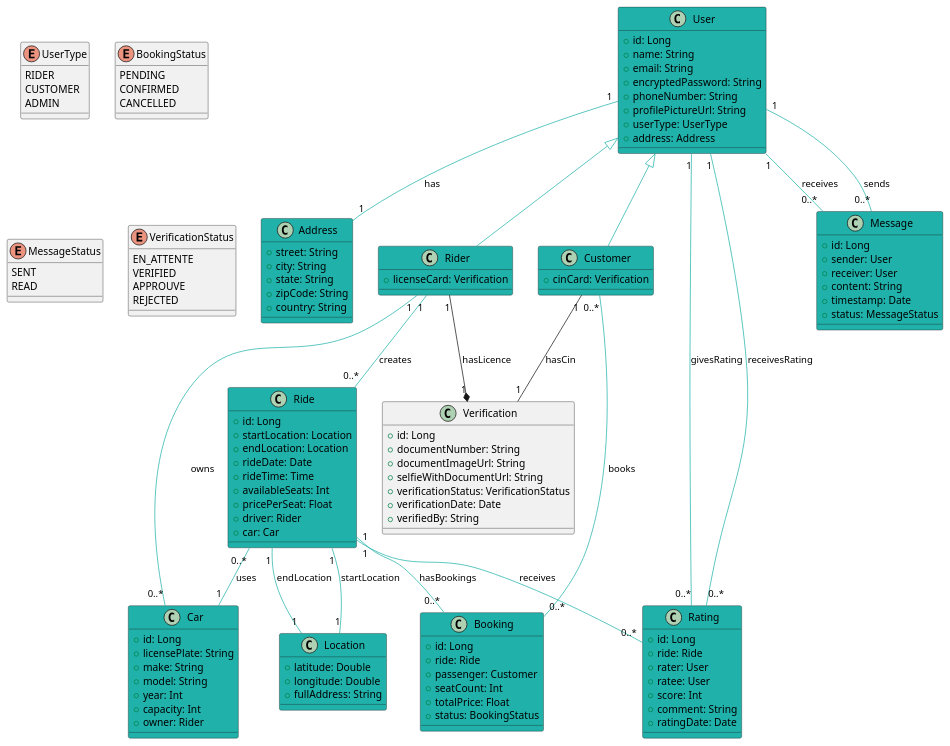
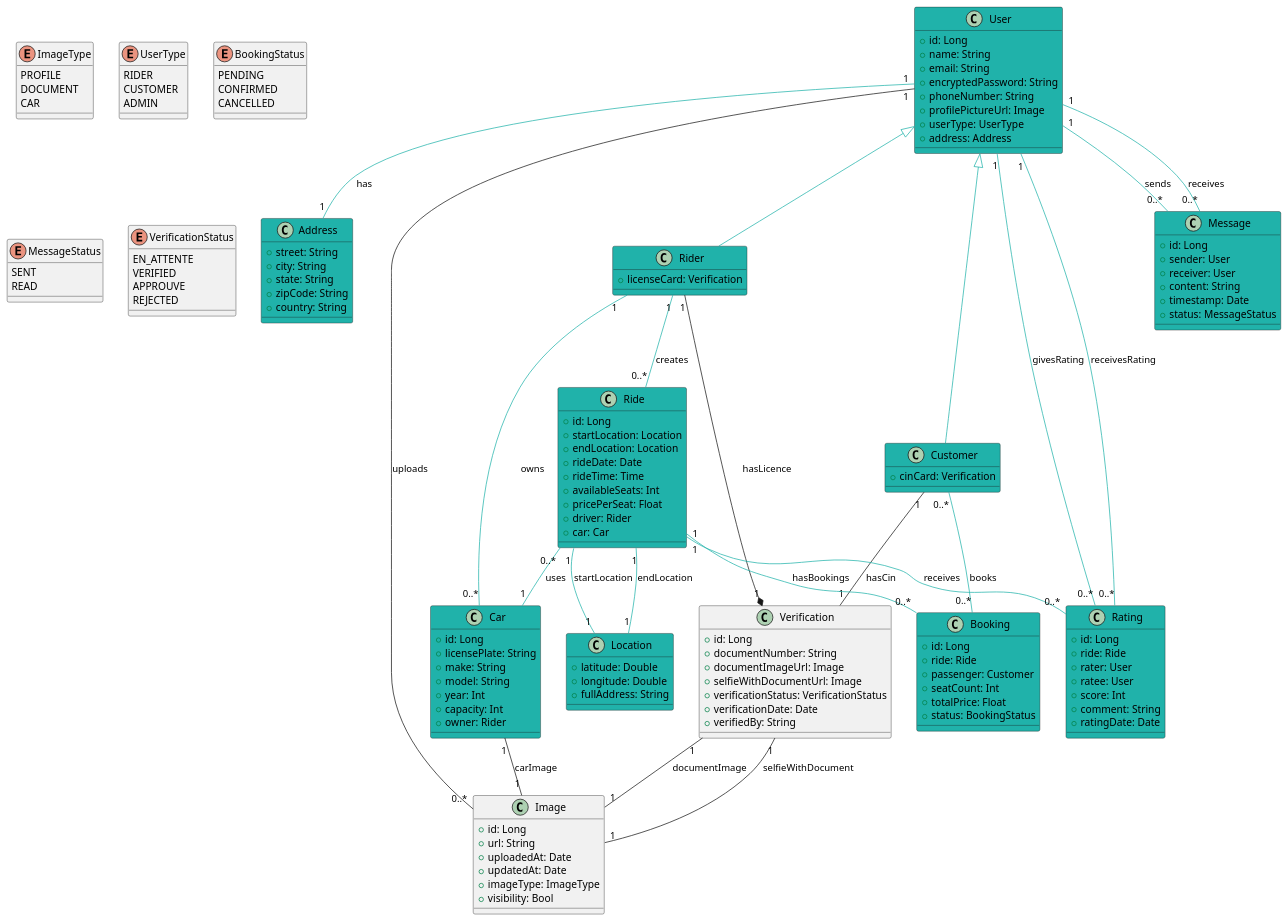
Before and after one commit to Mk-1000/my-ride-api: the diagram in MyRide.plantuml, drawn with PlantUML. The commit also changed 31 other files, not shown here.

```diff
--- a/MyRide.plantuml
+++ b/MyRide.plantuml
@@ -1,143 +1,163 @@
 @startuml
 class User #LightSeaGreen {
   +id: Long
   +name: String
   +email: String
   +encryptedPassword: String
   +phoneNumber: String
-  +profilePictureUrl: String
+  +profilePictureUrl: Image
   +userType: UserType
   +address: Address
 }
 
 class Address #LightSeaGreen {
   +street: String
   +city: String
   +state: String
   +zipCode: String
   +country: String
 }
 
 class Location #LightSeaGreen {
   +latitude: Double
   +longitude: Double
   +fullAddress: String
 }
 
 class Rider #LightSeaGreen {
   +licenseCard: Verification
 }
 
 class Verification {
   +id: Long
   +documentNumber: String
-  +documentImageUrl: String
-  +selfieWithDocumentUrl: String
+  +documentImageUrl: Image
+  +selfieWithDocumentUrl: Image
   +verificationStatus: VerificationStatus
   +verificationDate: Date
   +verifiedBy: String
 }
 
 class Customer #LightSeaGreen{
     +cinCard: Verification
 }
 
 class Car #LightSeaGreen{
   +id: Long
   +licensePlate: String
   +make: String
   +model: String
   +year: Int
   +capacity: Int
   +owner: Rider
 }
 
 class Ride #LightSeaGreen {
   +id: Long
   +startLocation: Location
   +endLocation: Location
   +rideDate: Date
   +rideTime: Time
   +availableSeats: Int
   +pricePerSeat: Float
   +driver: Rider
   +car: Car
 }
 
 class Booking #LightSeaGreen {
   +id: Long
   +ride: Ride
   +passenger: Customer
   +seatCount: Int
   +totalPrice: Float
   +status: BookingStatus
 }
 
 class Rating #LightSeaGreen {
   +id: Long
   +ride: Ride
   +rater: User
   +ratee: User
   +score: Int
   +comment: String
   +ratingDate: Date
 }
 
 class Message #LightSeaGreen {
   +id: Long
   +sender: User
   +receiver: User
   +content: String
   +timestamp: Date
   +status: MessageStatus
 }
 
+class Image {
+  +id: Long
+  +url: String
+  +uploadedAt: Date
+  +updatedAt: Date
+  +imageType: ImageType
+  +visibility: Bool
+}
+
+enum ImageType {
+  PROFILE
+  DOCUMENT
+  CAR
+}
+
 enum UserType {
   RIDER
   CUSTOMER
   ADMIN
 }
 
 enum BookingStatus {
   PENDING
   CONFIRMED
   CANCELLED
 }
 
 enum MessageStatus {
   SENT
   READ
 }
 
 ' Waiting for verification (initial state)
 ' Good detection by AI (automated status)
 ' Final approval by support team
 ' Rejected by support team or failed AI verification
 
 enum VerificationStatus {
   EN_ATTENTE
   VERIFIED
   APPROUVE
   REJECTED
 }
 
 ' Relationships
 Customer "1" -- "1" Verification: hasCin
 Rider "1" --* "1" Verification : hasLicence
 User "1" -- "1" Address #LightSeaGreen: has
 
+User "1" -- "0..*" Image: uploads
+Car "1" -- "1" Image: carImage
+Verification "1" -- "1" Image: documentImage
+Verification "1" -- "1" Image: selfieWithDocument
+
 User <|-- Rider #LightSeaGreen
 User <|-- Customer #LightSeaGreen
 Rider "1" -- "0..*" Car #LightSeaGreen : owns
 Rider "1" -- "0..*" Ride #LightSeaGreen : creates 
 Ride "0..*" -- "1" Car #LightSeaGreen : uses
 Ride "1" -- "0..*" Booking #LightSeaGreen : hasBookings
 Customer "0..*" -- "0..*" Booking #LightSeaGreen : books
 Ride "1" -- "0..*" Rating #LightSeaGreen : receives
 User "1" -- "0..*" Rating #LightSeaGreen : givesRating
 User "1" -- "0..*" Rating #LightSeaGreen : receivesRating
 User "1" -- "0..*" Message #LightSeaGreen : sends
 User "1" -- "0..*" Message #LightSeaGreen : receives
 Ride "1" -- "1" Location #LightSeaGreen : startLocation
 Ride "1" -- "1" Location #LightSeaGreen : endLocation
 @enduml
```
